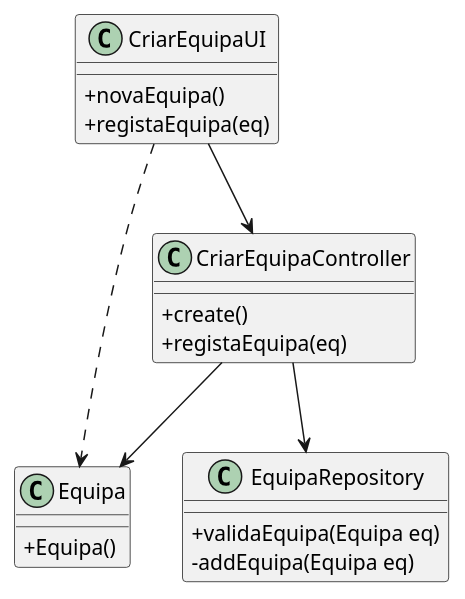
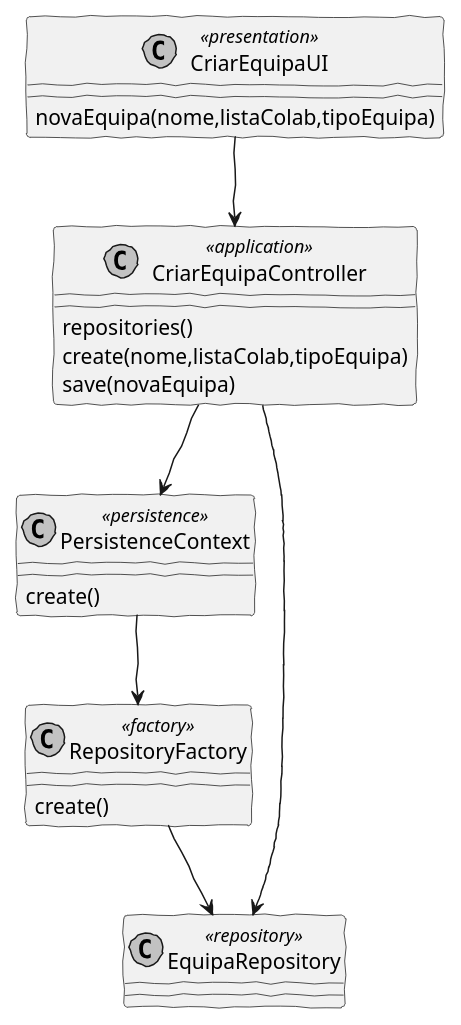
One commit to pedrolemos4/LAPR4 changed the diagram in docs/US2052_CriarEquipa/CriarEquipaCD.puml. Above: the diagram before and after it, drawn with PlantUML. The commit also changed 3 other files, not shown here.

```diff
--- a/docs/US2052_CriarEquipa/CriarEquipaCD.puml
+++ b/docs/US2052_CriarEquipa/CriarEquipaCD.puml
@@ -1,28 +1,32 @@
 @startuml
-skinparam classAttributeIconSize 0
+'http://plantuml.com/skinparam.html
+skinparam handwritten true
+skinparam monochrome true
+skinparam packageStyle rect
+skinparam defaultFontName FG Virgil
+skinparam shadowing false
 
-class Equipa {
-  +Equipa()
-}
+class CriarEquipaUI <<presentation>>
+class CriarEquipaController <<application>>
+class PersistenceContext <<persistence>>
+class RepositoryFactory <<factory>>
+class EquipaRepository <<repository>>
 
-class EquipaRepository {
-  +validaEquipa(Equipa eq)
-  -addEquipa(Equipa eq)
-}
-
-class CriarEquipaController {
-    +create()
-    +registaEquipa(eq)
-}
-
-class CriarEquipaUI {
-    +novaEquipa()
-    +registaEquipa(eq)
-}
 
 CriarEquipaUI --> CriarEquipaController
+CriarEquipaUI : novaEquipa(nome,listaColab,tipoEquipa)
+
+CriarEquipaController : repositories()
+CriarEquipaController : create(nome,listaColab,tipoEquipa)
+CriarEquipaController : save(novaEquipa)
+
 CriarEquipaController --> EquipaRepository
-CriarEquipaController --> Equipa
-CriarEquipaUI ..> Equipa
+CriarEquipaController --> PersistenceContext
+PersistenceContext --> RepositoryFactory
+
+RepositoryFactory --> EquipaRepository
+RepositoryFactory : create()
+
+PersistenceContext : create()
 
 @enduml
```
